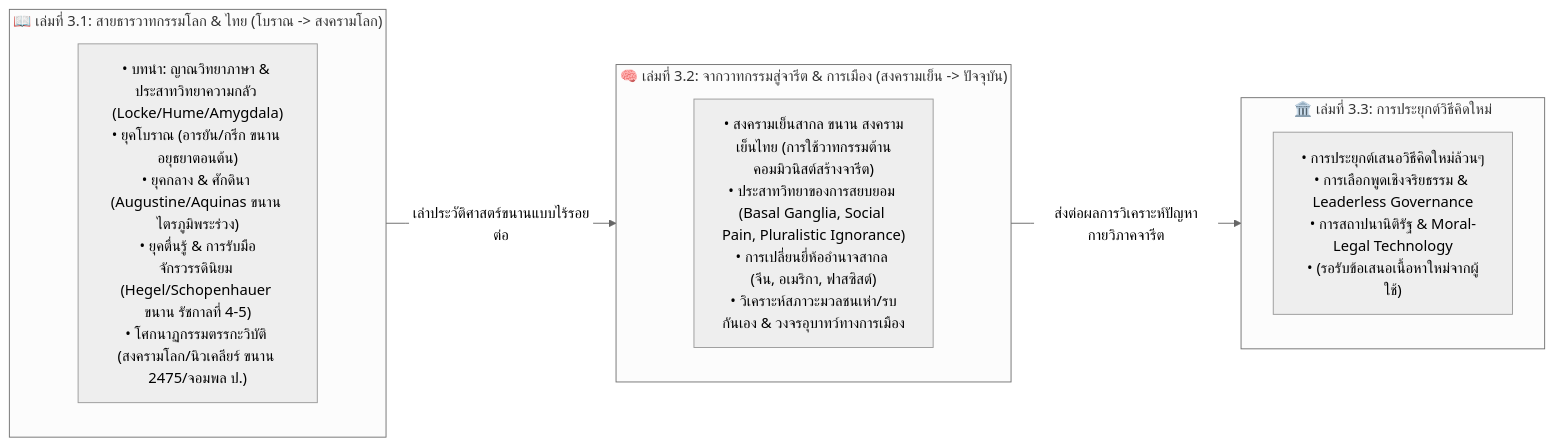
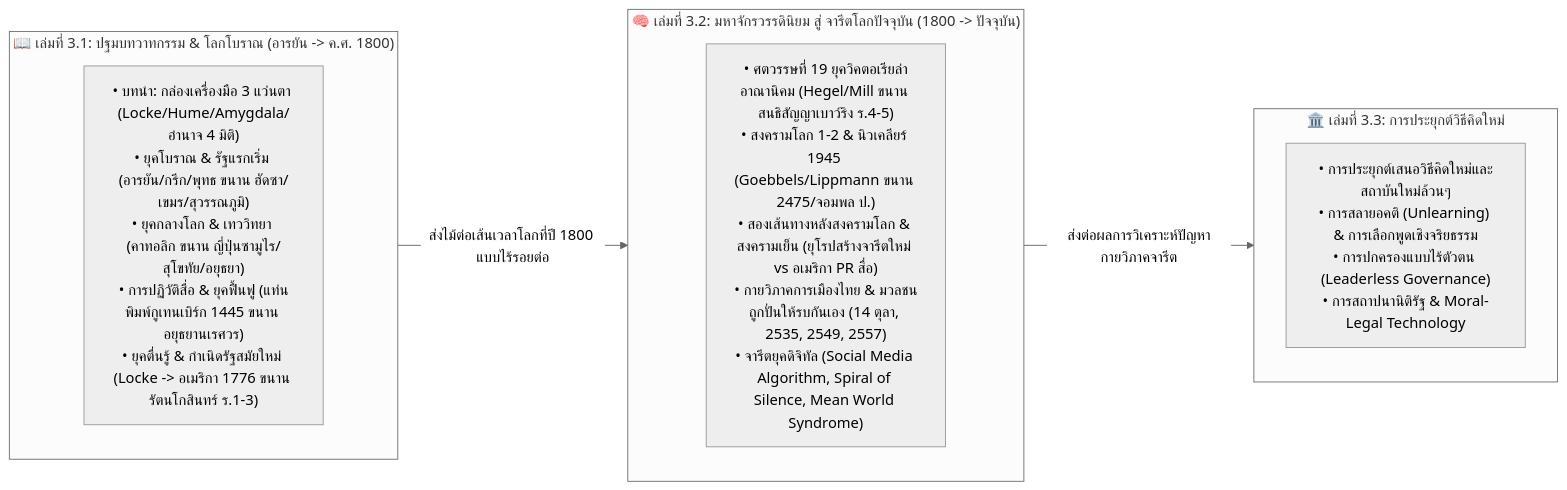
One commit to ellipszist/unityequilibriumtheory changed the second of 2 diagrams in uet_history/3_publish/books/history_media_power/SECTION_BLUEPRINT.md. Above: the diagram before and after it, drawn with Mermaid (neutral theme). The commit also changed other lines of this file and 262 other files, not shown here.

````diff
--- a/uet_history/3_publish/books/history_media_power/SECTION_BLUEPRINT.md
+++ b/uet_history/3_publish/books/history_media_power/SECTION_BLUEPRINT.md
@@ -30,17 +34,17 @@
 ```mermaid
 graph LR
-    subgraph B1 ["📖 เล่มที่ 3.1: สายธารวาทกรรมโลก & ไทย (โบราณ -> สงครามโลก)"]
-        B1_Concept["• บทนำ: ญาณวิทยาภาษา & ประสาทวิทยาความกลัว (Locke/Hume/Amygdala)<br>• ยุคโบราณ (อารยัน/กรีก ขนาน อยุธยาตอนต้น)<br>• ยุคกลาง & ศักดินา (Augustine/Aquinas ขนาน ไตรภูมิพระร่วง)<br>• ยุคตื่นรู้ & การรับมือจักรวรรดินิยม (Hegel/Schopenhauer ขนาน รัชกาลที่ 4-5)<br>• โศกนาฏกรรมตรรกะวิบัติ (สงครามโลก/นิวเคลียร์ ขนาน 2475/จอมพล ป.)"]
+    subgraph B1 ["📖 เล่มที่ 3.1: ปฐมบทวาทกรรม & โลกโบราณ (อารยัน -> ค.ศ. 1800)"]
+        B1_Concept["• บทนำ: กล่องเครื่องมือ 3 แว่นตา (Locke/Hume/Amygdala/อำนาจ 4 มิติ)<br>• ยุคโบราณ & รัฐแรกเริ่ม (อารยัน/กรีก/พุทธ ขนาน ฮัดซา/เขมร/สุวรรณภูมิ)<br>• ยุคกลางโลก & เทววิทยา (คาทอลิก ขนาน ญี่ปุ่นซามูไร/สุโขทัย/อยุธยา)<br>• การปฏิวัติสื่อ & ยุคฟื้นฟู (แท่นพิมพ์กูเทนเบิร์ก 1445 ขนาน อยุธยานเรศวร)<br>• ยุคตื่นรู้ & กำเนิดรัฐสมัยใหม่ (Locke -> อเมริกา 1776 ขนาน รัตนโกสินทร์ ร.1-3)"]
     end
 
-    subgraph B2 ["🧠 เล่มที่ 3.2: จากวาทกรรมสู่จารีต & การเมือง (สงครามเย็น -> ปัจจุบัน)"]
-        B2_Concept["• สงครามเย็นสากล ขนาน สงครามเย็นไทย (การใช้วาทกรรมต้านคอมมิวนิสต์สร้างจารีต)<br>• ประสาทวิทยาของการสยบยอม (Basal Ganglia, Social Pain, Pluralistic Ignorance)<br>• การเปลี่ยนยี่ห้ออำนาจสากล (จีน, อเมริกา, ฟาสซิสต์)<br>• วิเคราะห์สภาวะมวลชนเห่า/รบกันเอง & วงจรอุบาทว์ทางการเมือง"]
+    subgraph B2 ["🧠 เล่มที่ 3.2: มหาจักรวรรดินิยม สู่ จารีตโลกปัจจุบัน (1800 -> ปัจจุบัน)"]
+        B2_Concept["• ศตวรรษที่ 19 ยุควิคตอเรียล่าอาณานิคม (Hegel/Mill ขนาน สนธิสัญญาเบาว์ริง ร.4-5)<br>• สงครามโลก 1-2 & นิวเคลียร์ 1945 (Goebbels/Lippmann ขนาน 2475/จอมพล ป.)<br>• สองเส้นทางหลังสงครามโลก & สงครามเย็น (ยุโรปสร้างจารีตใหม่ vs อเมริกา PR สื่อ)<br>• กายวิภาคการเมืองไทย & มวลชนถูกปั่นให้รบกันเอง (14 ตุลา, 2535, 2549, 2557)<br>• จารีตยุคดิจิทัล (Social Media Algorithm, Spiral of Silence, Mean World Syndrome)"]
     end
 
     subgraph B3 ["🏛️ เล่มที่ 3.3: การประยุกต์วิธีคิดใหม่"]
-        B3_Concept["• การประยุกต์เสนอวิธีคิดใหม่ล้วนๆ<br>• การเลือกพูดเชิงจริยธรรม & Leaderless Governance<br>• การสถาปนานิติรัฐ & Moral-Legal Technology<br>• (รอรับข้อเสนอเนื้อหาใหม่จากผู้ใช้)"]
+        B3_Concept["• การประยุกต์เสนอวิธีคิดใหม่และสถาบันใหม่ล้วนๆ<br>• การสลายอคติ (Unlearning) & การเลือกพูดเชิงจริยธรรม<br>• การปกครองแบบไร้ตัวตน (Leaderless Governance)<br>• การสถาปนานิติรัฐ & Moral-Legal Technology"]
     end
 
-    B1 -->|เล่าประวัติศาสตร์ขนานแบบไร้รอยต่อ| B2
+    B1 -->|ส่งไม้ต่อเส้นเวลาโลกที่ปี 1800 แบบไร้รอยต่อ| B2
     B2 -->|ส่งต่อผลการวิเคราะห์ปัญหากายวิภาคจารีต| B3
 ```
````
